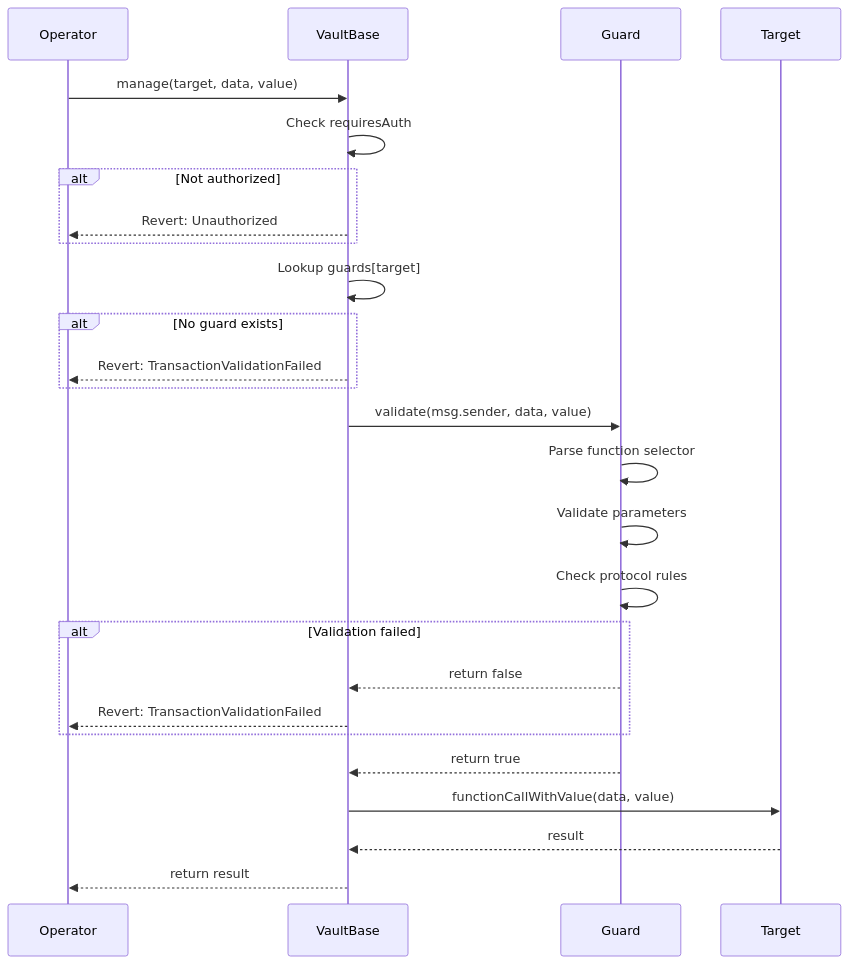
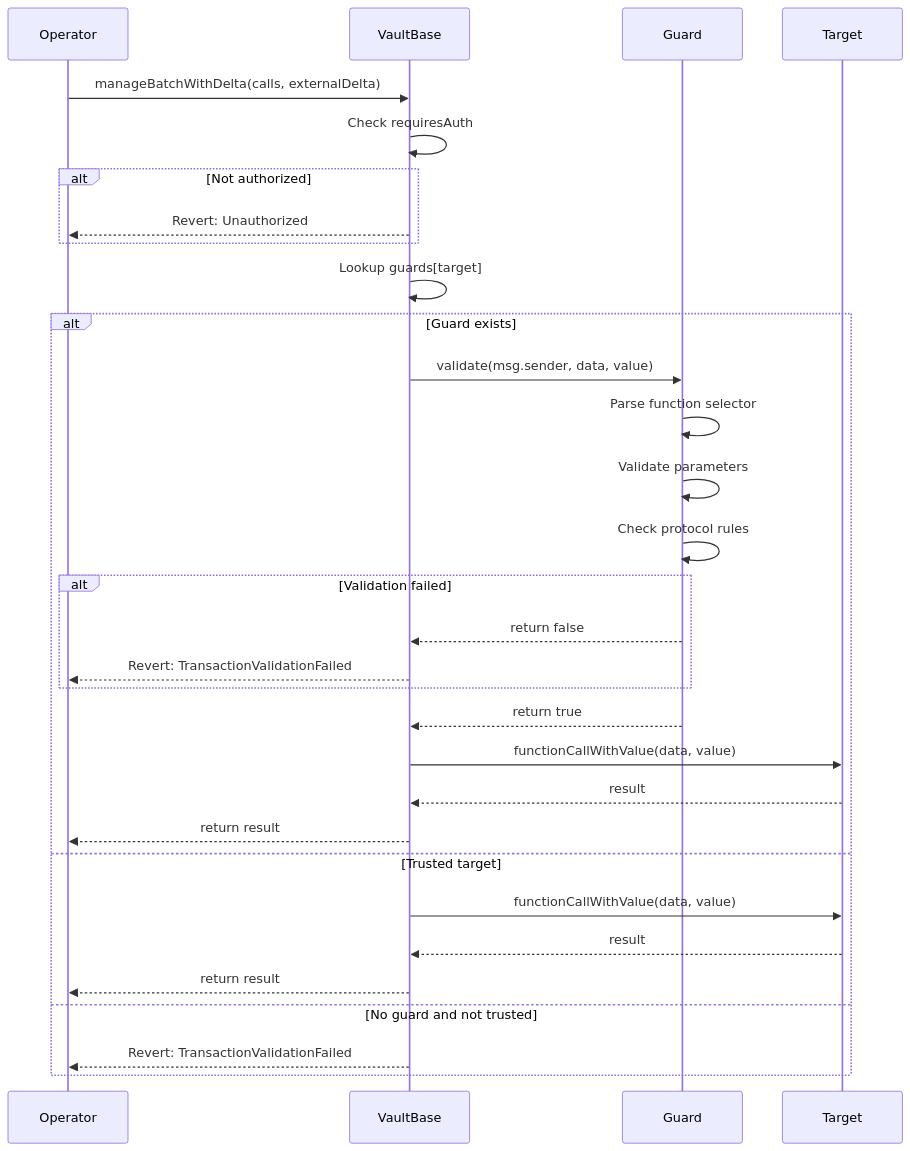
One commit to elitraOS/elitra-core changed the sixth of 6 diagrams in specs/manage-security.md. Above: the diagram before and after it, drawn with Mermaid. The commit also changed other lines of this file and 28 other files, not shown here.

````diff
--- a/specs/manage-security.md
+++ b/specs/manage-security.md
@@ -321,34 +324,38 @@
 ```mermaid
 sequenceDiagram
     participant Operator
     participant VaultBase
     participant Guard
     participant Target
 
-    Operator->>VaultBase: manage(target, data, value)
+    Operator->>VaultBase: manageBatchWithDelta(calls, externalDelta)
 
     VaultBase->>VaultBase: Check requiresAuth
     alt Not authorized
         VaultBase-->>Operator: Revert: Unauthorized
     end
 
     VaultBase->>VaultBase: Lookup guards[target]
-    alt No guard exists
+    alt Guard exists
+        VaultBase->>Guard: validate(msg.sender, data, value)
+        Guard->>Guard: Parse function selector
+        Guard->>Guard: Validate parameters
+        Guard->>Guard: Check protocol rules
+
+        alt Validation failed
+            Guard-->>VaultBase: return false
+            VaultBase-->>Operator: Revert: TransactionValidationFailed
+        end
+
+        Guard-->>VaultBase: return true
+        VaultBase->>Target: functionCallWithValue(data, value)
+        Target-->>VaultBase: result
+        VaultBase-->>Operator: return result
+    else Trusted target
+        VaultBase->>Target: functionCallWithValue(data, value)
+        Target-->>VaultBase: result
+        VaultBase-->>Operator: return result
+    else No guard and not trusted
         VaultBase-->>Operator: Revert: TransactionValidationFailed
     end
-
-    VaultBase->>Guard: validate(msg.sender, data, value)
-    Guard->>Guard: Parse function selector
-    Guard->>Guard: Validate parameters
-    Guard->>Guard: Check protocol rules
-
-    alt Validation failed
-        Guard-->>VaultBase: return false
-        VaultBase-->>Operator: Revert: TransactionValidationFailed
-    end
-
-    Guard-->>VaultBase: return true
-    VaultBase->>Target: functionCallWithValue(data, value)
-    Target-->>VaultBase: result
-    VaultBase-->>Operator: return result
 ```
````
